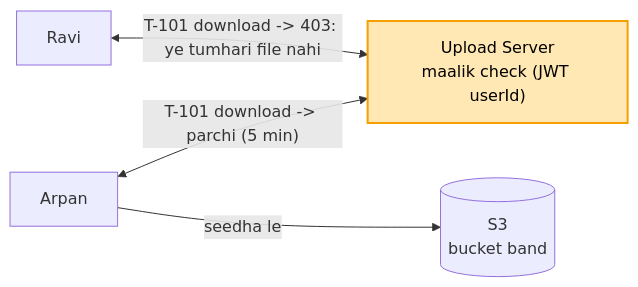
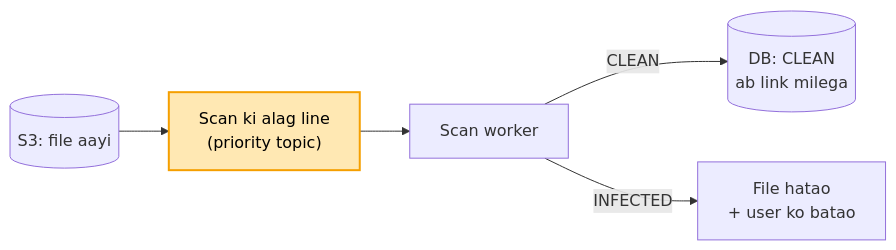
One commit to ArpanMaheshwari144/Prep changed the sixth of 6 diagrams in 04_HLD/SYSTEM_DESIGNS/07_file_upload_validate_system/07_file_upload.md. Above: the diagram before and after it, drawn with Mermaid. The commit also changed other lines of this file and 2 other files, not shown here.

Commit message:
File upload: scene-mock se hand notes + main file kahani format (peeche line, seedha S3 + tukde, receptionist token, S3 event, folder ped DB me, maalik check, chhota link, scan ki alag line)

````diff
--- a/04_HLD/SYSTEM_DESIGNS/07_file_upload_validate_system/07_file_upload.md
+++ b/04_HLD/SYSTEM_DESIGNS/07_file_upload_validate_system/07_file_upload.md
@@ -328,7 +154,8 @@
 ```mermaid
 flowchart LR
-    R["Ravi"] <-->|"T-101 download -> 403: ye tumhari file nahi"| U["Upload Server<br/>maalik check (JWT userId)"]
-    A["Arpan"] <-->|"T-101 download -> parchi (5 min)"| U
-    A -->|"seedha le"| S3[("S3<br/>bucket band")]
-    style U fill:#ffe8b3,stroke:#f59f00,stroke-width:2px,color:#000
+    S3[("S3: file aayi")] --> K["Scan ki alag line<br/>(priority topic)"]
+    K --> W["Scan worker"]
+    W -- "CLEAN" --> DB[("DB: CLEAN<br/>ab link milega")]
+    W -- "INFECTED" --> X["File hatao<br/>+ user ko batao"]
+    style K fill:#ffe8b3,stroke:#f59f00,stroke-width:2px,color:#000
 ```
````
